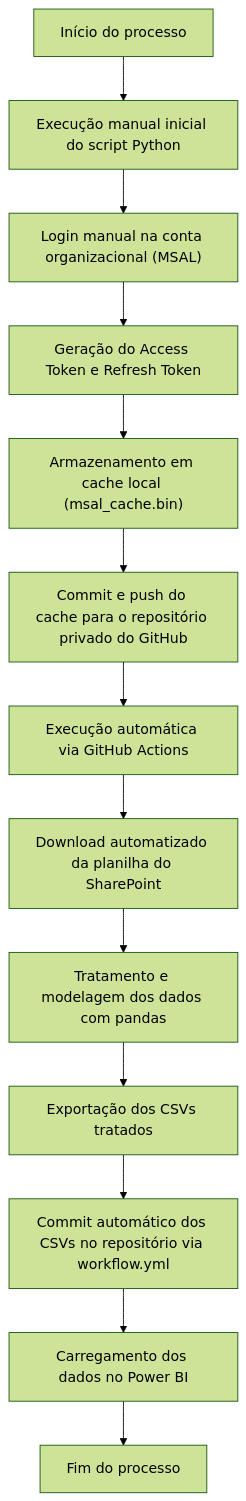
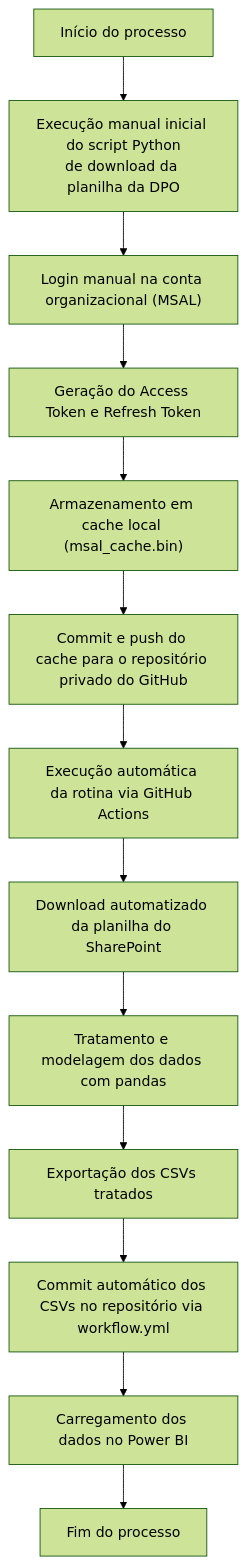
Before and after one commit to SPF-SEPLAG/docs-spf: the diagram in docs/dashboards/dpo/fluxo_geral.md, drawn with Mermaid (forest theme). The commit also changed other lines of this file and 3 other files, not shown here.

```diff
--- a/docs/dashboards/dpo/fluxo_geral.md
+++ b/docs/dashboards/dpo/fluxo_geral.md
@@ -13,15 +77,15 @@
 <div class="mermaid">
 flowchart TD
-A["Início do processo"] --> B["Execução manual inicial do script Python"]
+A["Início do processo"] --> B["Execução manual inicial do script Python<br>de download da planilha da DPO"]
 B --> C["Login manual na conta organizacional (MSAL)"]
 C --> D["Geração do Access Token e Refresh Token"]
 D --> E["Armazenamento em cache local (msal_cache.bin)"]
 E --> F["Commit e push do cache para o repositório privado do GitHub"]
-F --> G["Execução automática via GitHub Actions"]
+F --> G["Execução automática da rotina via GitHub Actions"]
 G --> H["Download automatizado da planilha do SharePoint"]
 H --> I["Tratamento e modelagem dos dados com pandas"]
 I --> J["Exportação dos CSVs tratados"]
 J --> K["Commit automático dos CSVs no repositório via workflow.yml"]
 K --> L["Carregamento dos dados no Power BI"]
 L --> M["Fim do processo"]
 </div>
```
